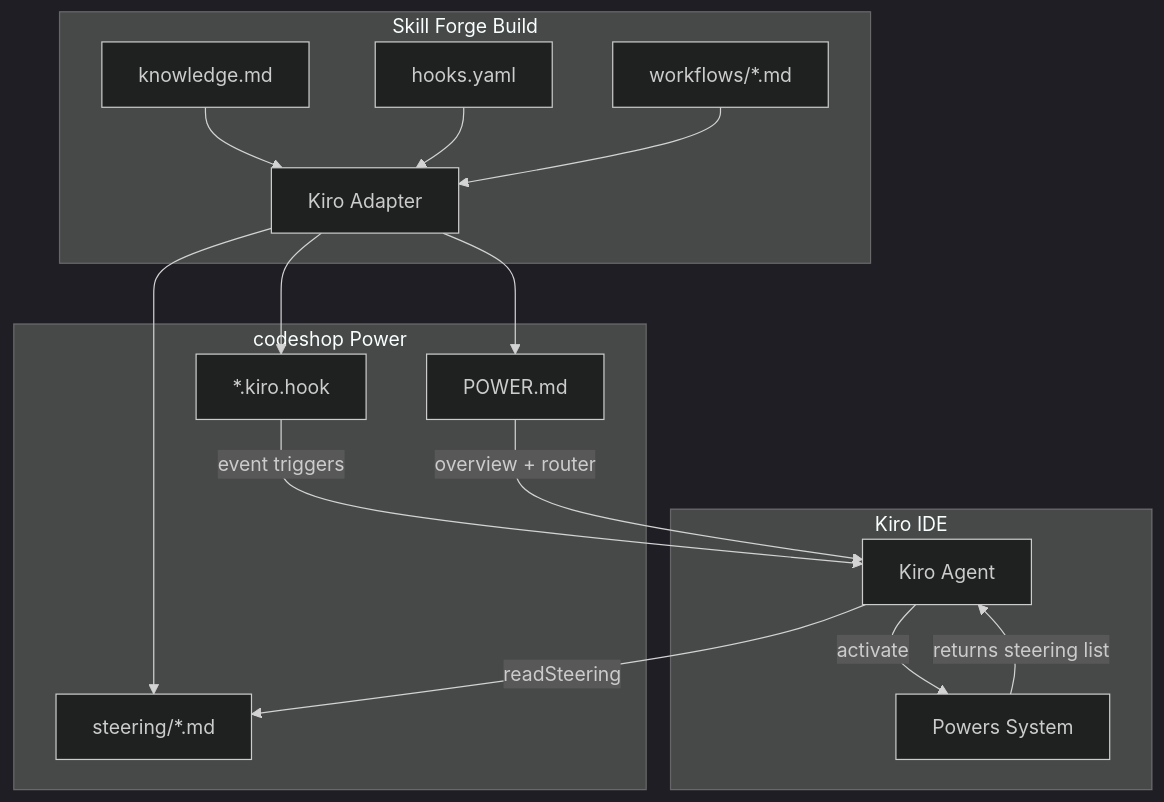
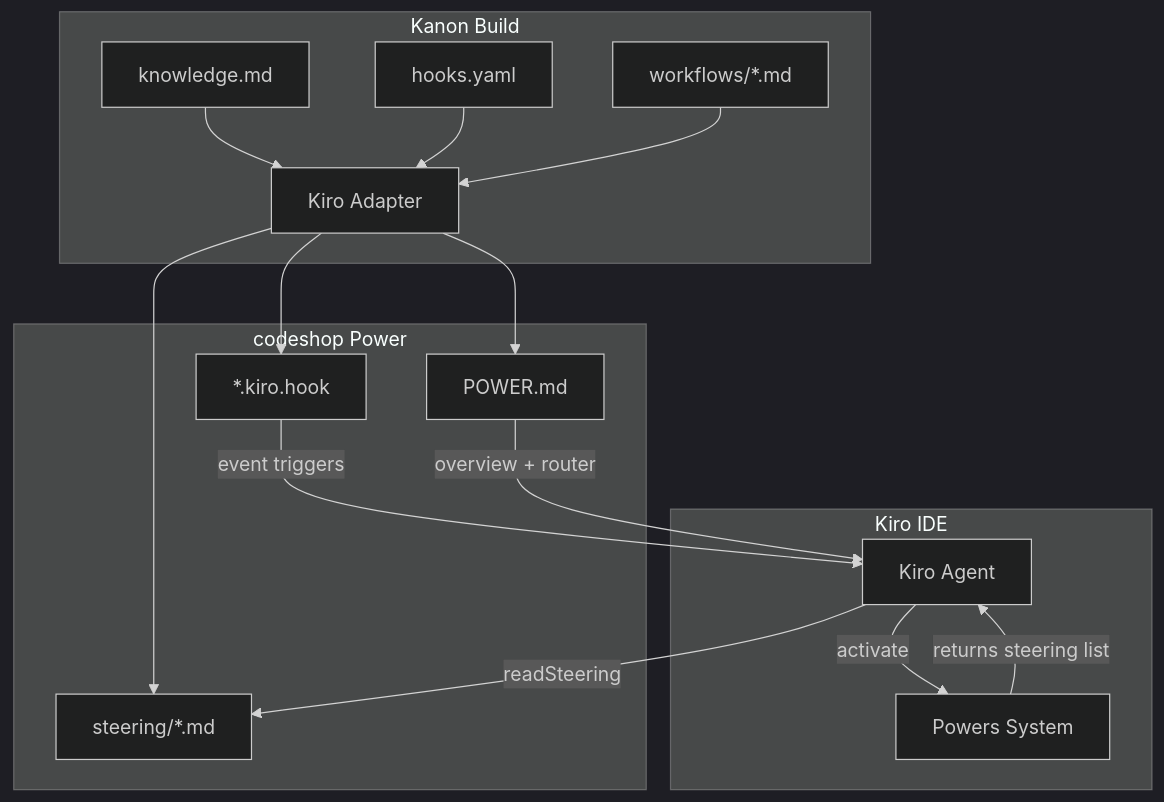
The first of 3 diagrams in .kiro/specs/codeshop-power/design.md (jhu-sheridan-libraries/agentic-skill-library), drawn with Mermaid (dark theme) before and after one commit. The commit also changed other lines of this file and 1269 other files, not shown here.

````diff
--- a/.kiro/specs/codeshop-power/design.md
+++ b/.kiro/specs/codeshop-power/design.md
@@ -89,33 +89,33 @@
 ```mermaid
 graph TB
     subgraph "Kiro IDE"
         Agent[Kiro Agent]
         Powers[Powers System]
     end
 
     subgraph "codeshop Power"
         PM[POWER.md]
         SF[steering/*.md]
         HK[*.kiro.hook]
     end
 
-    subgraph "Skill Forge Build"
+    subgraph "Kanon Build"
         KM[knowledge.md]
         HY[hooks.yaml]
         WF[workflows/*.md]
         KA[Kiro Adapter]
     end
 
     KM --> KA
     HY --> KA
     WF --> KA
     KA --> PM
     KA --> SF
     KA --> HK
 
     Agent -->|activate| Powers
     Powers -->|returns steering list| Agent
     Agent -->|readSteering| SF
     HK -->|event triggers| Agent
     PM -->|overview + router| Agent
 ```
````
